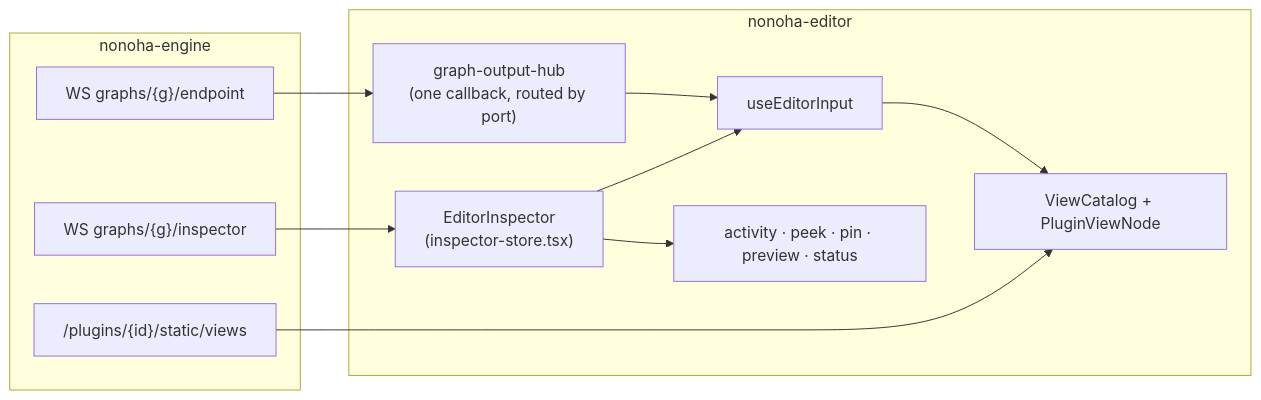
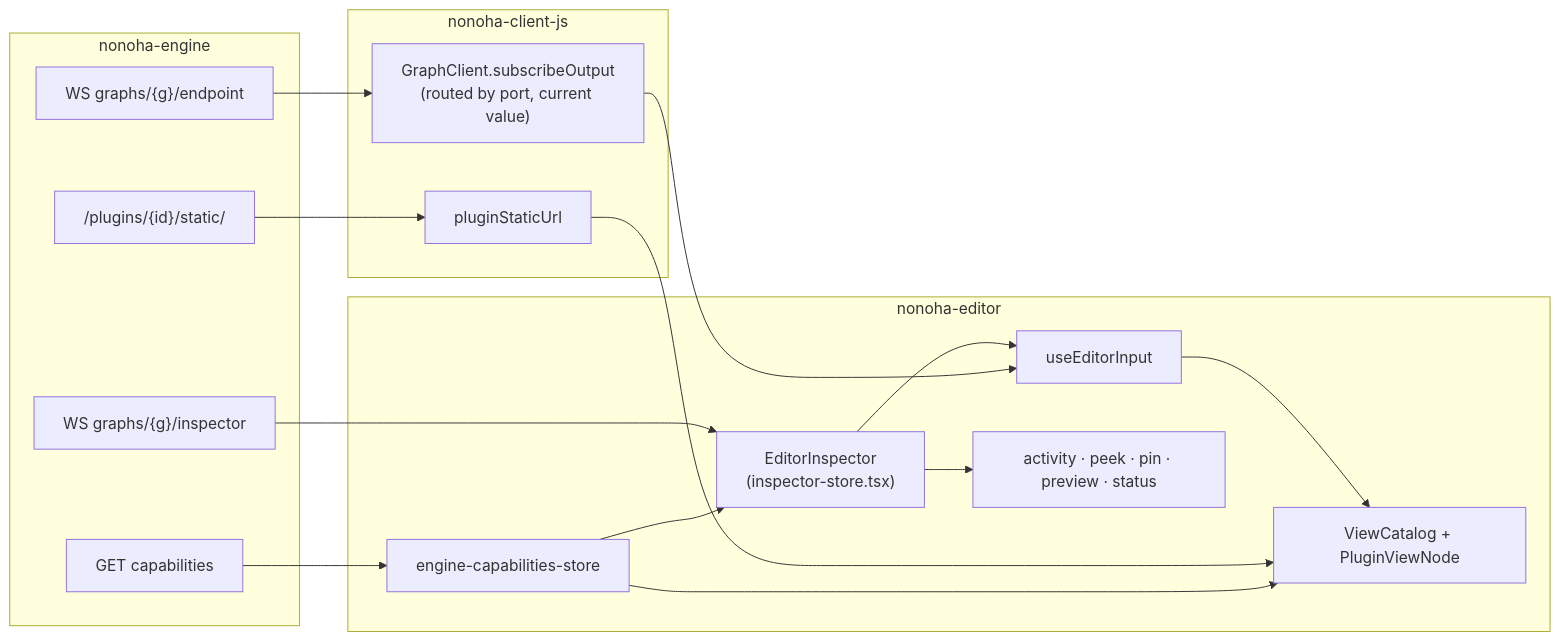
Before and after one commit to viestyle-dev/nonoha-editor: the diagram in docs/monitoring.md, drawn with Mermaid. The commit also changed other lines of this file and 40 other files, not shown here.

First line of the commit message:
Refactor engine capabilities handling and improve editor input subscriptions

````diff
--- a/docs/monitoring.md
+++ b/docs/monitoring.md
@@ -8,21 +11,29 @@
 ```mermaid
 flowchart LR
   subgraph engine["nonoha-engine"]
     graphWS["WS graphs/{g}/endpoint"]
     inspWS["WS graphs/{g}/inspector"]
-    static["/plugins/{id}/static/views"]
+    caps["GET capabilities"]
+    static["/plugins/{id}/static/"]
+  end
+  subgraph client["nonoha-client-js"]
+    sub["GraphClient.subscribeOutput<br/>(routed by port, current value)"]
+    staticUrl["pluginStaticUrl"]
   end
   subgraph editor["nonoha-editor"]
-    hub["graph-output-hub<br/>(one callback, routed by port)"]
+    capsStore["engine-capabilities-store"]
     store["EditorInspector<br/>(inspector-store.tsx)"]
     input["useEditorInput"]
     views["ViewCatalog + PluginViewNode"]
     ui["activity · peek · pin · preview · status"]
   end
-  graphWS --> hub --> input
+  graphWS --> sub --> input
+  caps --> capsStore
+  capsStore --> store
+  capsStore --> views
   inspWS --> store
   store --> input
   store --> ui
-  static --> views
+  static --> staticUrl --> views
   input --> views
 ```
````
